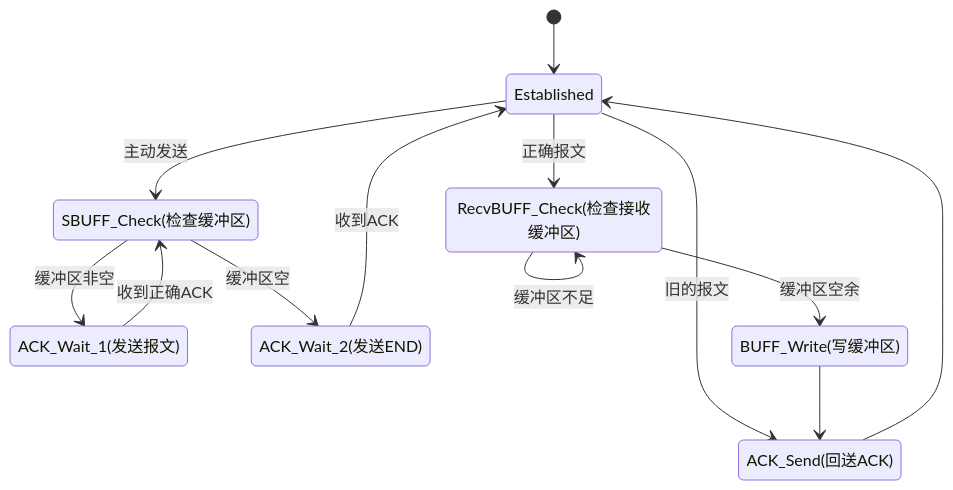
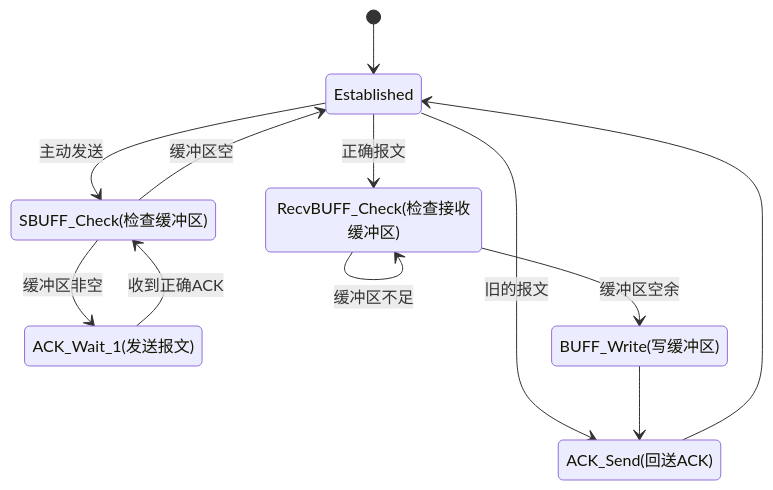
The second of 3 diagrams in README.md (AllinLeeYL/uconn), drawn with Mermaid before and after one commit. The commit also changed 16 other files, not shown here.

````diff
--- a/README.md
+++ b/README.md
@@ -144,15 +144,14 @@
 ```mermaid
 stateDiagram-v2
 	[*] --> Established
 	Established --> SBUFF_Check(检查缓冲区):主动发送
 	SBUFF_Check(检查缓冲区) --> ACK_Wait_1(发送报文):缓冲区非空
 	ACK_Wait_1(发送报文) --> SBUFF_Check(检查缓冲区):收到正确ACK
-	SBUFF_Check(检查缓冲区) --> ACK_Wait_2(发送END):缓冲区空
-	ACK_Wait_2(发送END) --> Established:收到ACK
+	SBUFF_Check(检查缓冲区) --> Established:缓冲区空
 	Established --> RecvBUFF_Check(检查接收缓冲区):正确报文
 	Established --> ACK_Send(回送ACK):旧的报文
 	RecvBUFF_Check(检查接收缓冲区) --> RecvBUFF_Check(检查接收缓冲区):缓冲区不足
 	RecvBUFF_Check(检查接收缓冲区) --> BUFF_Write(写缓冲区):缓冲区空余
 	BUFF_Write(写缓冲区) --> ACK_Send(回送ACK)
 	ACK_Send(回送ACK) --> Established
 ```
````
